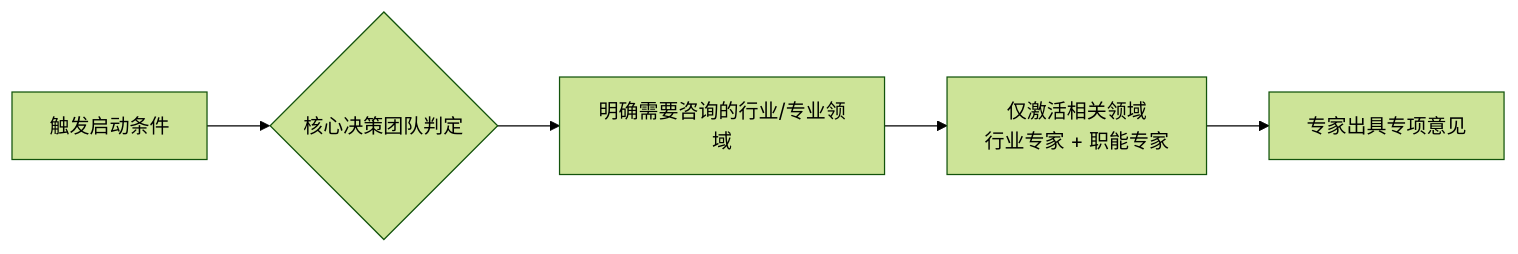
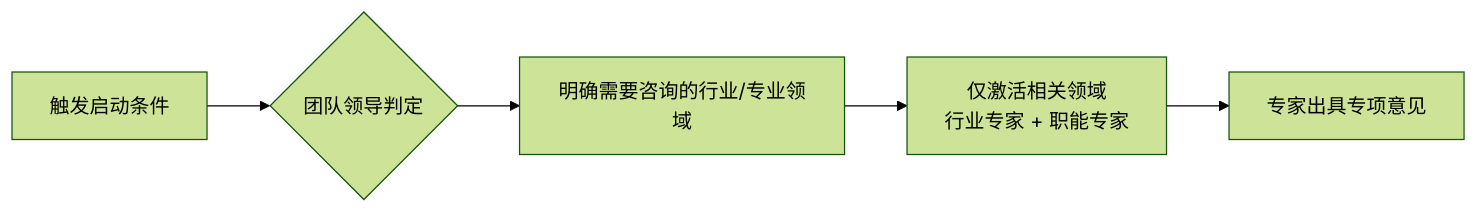
One commit to xuyunxuyun/SuperTeam changed the diagram in plugins_明明啥都会.md. Above: the diagram before and after it, drawn with Mermaid (forest theme). The commit also changed other lines of this file and 13 other files, not shown here.

````diff
--- a/plugins_明明啥都会.md
+++ b/plugins_明明啥都会.md
@@ -54,7 +49,7 @@
 ```mermaid
 flowchart LR
-    A[触发启动条件] --> B{核心决策团队判定}
+    A[触发启动条件] --> B{团队领导判定}
     B --> C[明确需要咨询的行业/专业领域]
     C --> D[仅激活相关领域<br>行业专家 + 职能专家]
     D --> E[专家出具专项意见]
 ```
````
